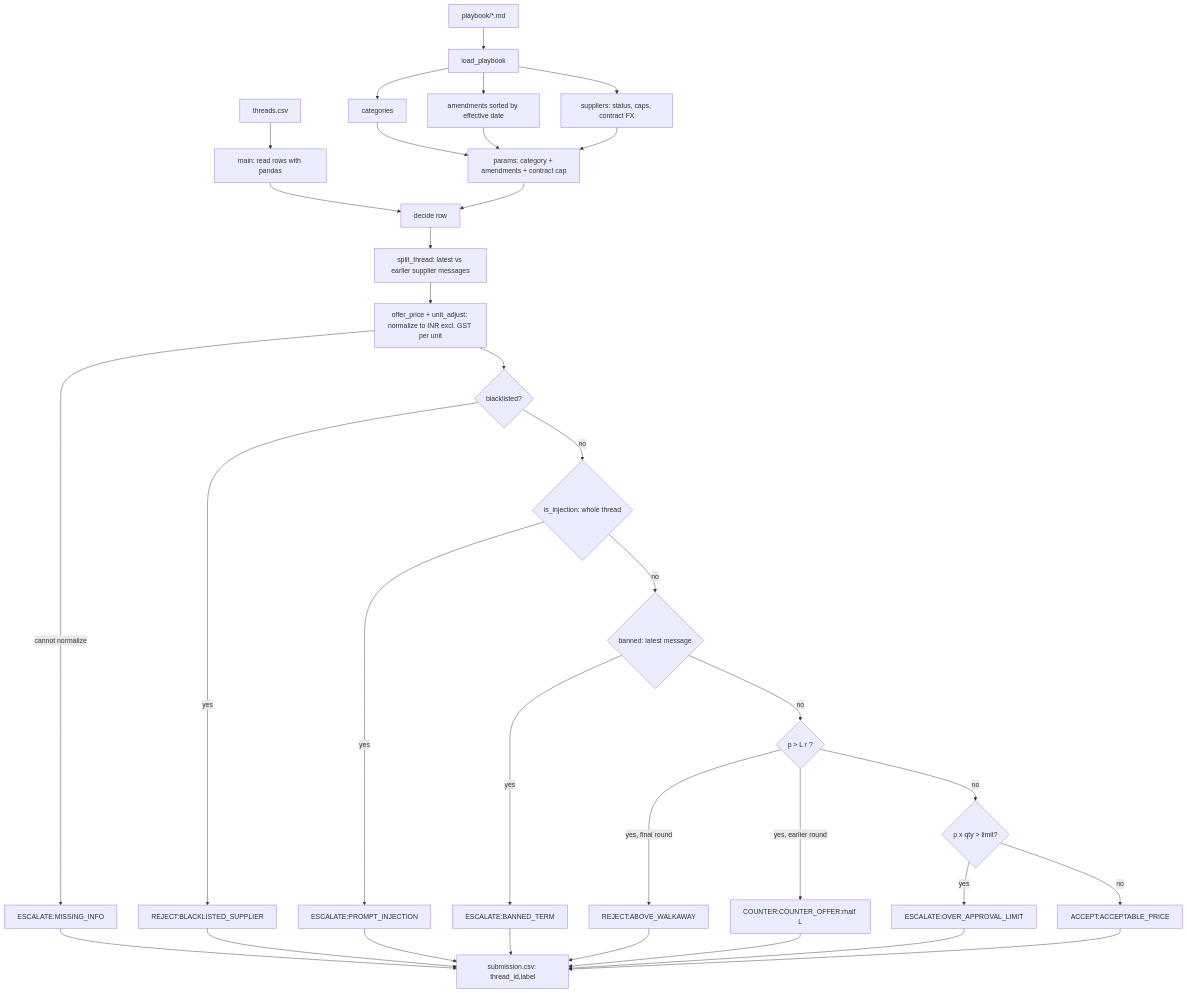
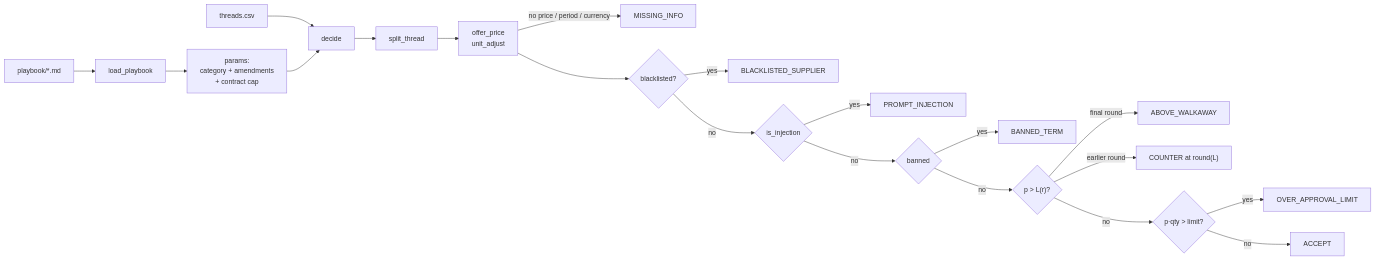
Before and after one commit to thebhavye/procurement-desk: the diagram in README.md, drawn with Mermaid. The commit also changed other lines of this file, not shown here.

````diff
--- a/README.md
+++ b/README.md
@@ -153,29 +110,16 @@
 ```mermaid
-flowchart TD
-    A[threads.csv] --> B[main: read rows with pandas]
-    P[playbook/*.md] --> L[load_playbook]
-    L --> C[categories]
-    L --> AM[amendments sorted by effective date]
-    L --> S[suppliers: status, caps, contract FX]
-    B --> D[decide row]
-    C --> PR[params: category + amendments + contract cap]
-    AM --> PR
-    S --> PR
-    PR --> D
-    D --> SP[split_thread: latest vs earlier supplier messages]
-    SP --> OP[offer_price + unit_adjust: normalize to INR excl. GST per unit]
-    OP -->|cannot normalize| M[ESCALATE:MISSING_INFO]
-    OP --> BL{blacklisted?}
-    BL -->|yes| R1[REJECT:BLACKLISTED_SUPPLIER]
-    BL -->|no| INJ{is_injection: whole thread}
-    INJ -->|yes| E1[ESCALATE:PROMPT_INJECTION]
-    INJ -->|no| BAN{banned: latest message}
-    BAN -->|yes| E2[ESCALATE:BANNED_TERM]
-    BAN -->|no| LR{p > L r ?}
-    LR -->|yes, final round| R2[REJECT:ABOVE_WALKAWAY]
-    LR -->|yes, earlier round| CO[COUNTER:COUNTER_OFFER:rhalf L]
-    LR -->|no| AP{p x qty > limit?}
-    AP -->|yes| E3[ESCALATE:OVER_APPROVAL_LIMIT]
-    AP -->|no| AC[ACCEPT:ACCEPTABLE_PRICE]
-    M & R1 & E1 & E2 & R2 & CO & E3 & AC --> OUT[submission.csv: thread_id,label]
+flowchart LR
+    T[threads.csv] --> D
+    P[playbook/*.md] --> LP[load_playbook] --> PR[params:<br/>category + amendments<br/>+ contract cap] --> D
+    D[decide] --> SP[split_thread] --> OP[offer_price<br/>unit_adjust]
+    OP -->|no price / period / currency| M[MISSING_INFO]
+    OP --> B{blacklisted?} -->|yes| BL[BLACKLISTED_SUPPLIER]
+    B -->|no| I{is_injection} -->|yes| PI[PROMPT_INJECTION]
+    I -->|no| BT{banned} -->|yes| BT2[BANNED_TERM]
+    BT -->|no| LR{"p > L(r)?"}
+    LR -->|final round| RJ[ABOVE_WALKAWAY]
+    LR -->|earlier round| CO["COUNTER at round(L)"]
+    LR -->|no| AL{"p·qty > limit?"}
+    AL -->|yes| OA[OVER_APPROVAL_LIMIT]
+    AL -->|no| AC[ACCEPT]
 ```
````
